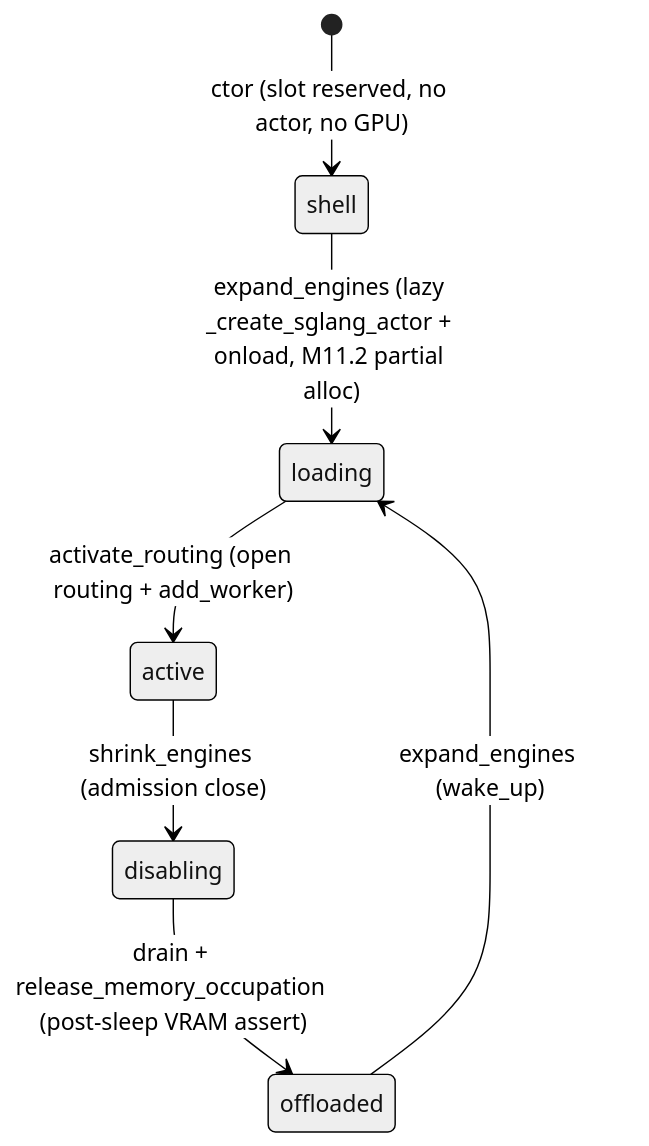
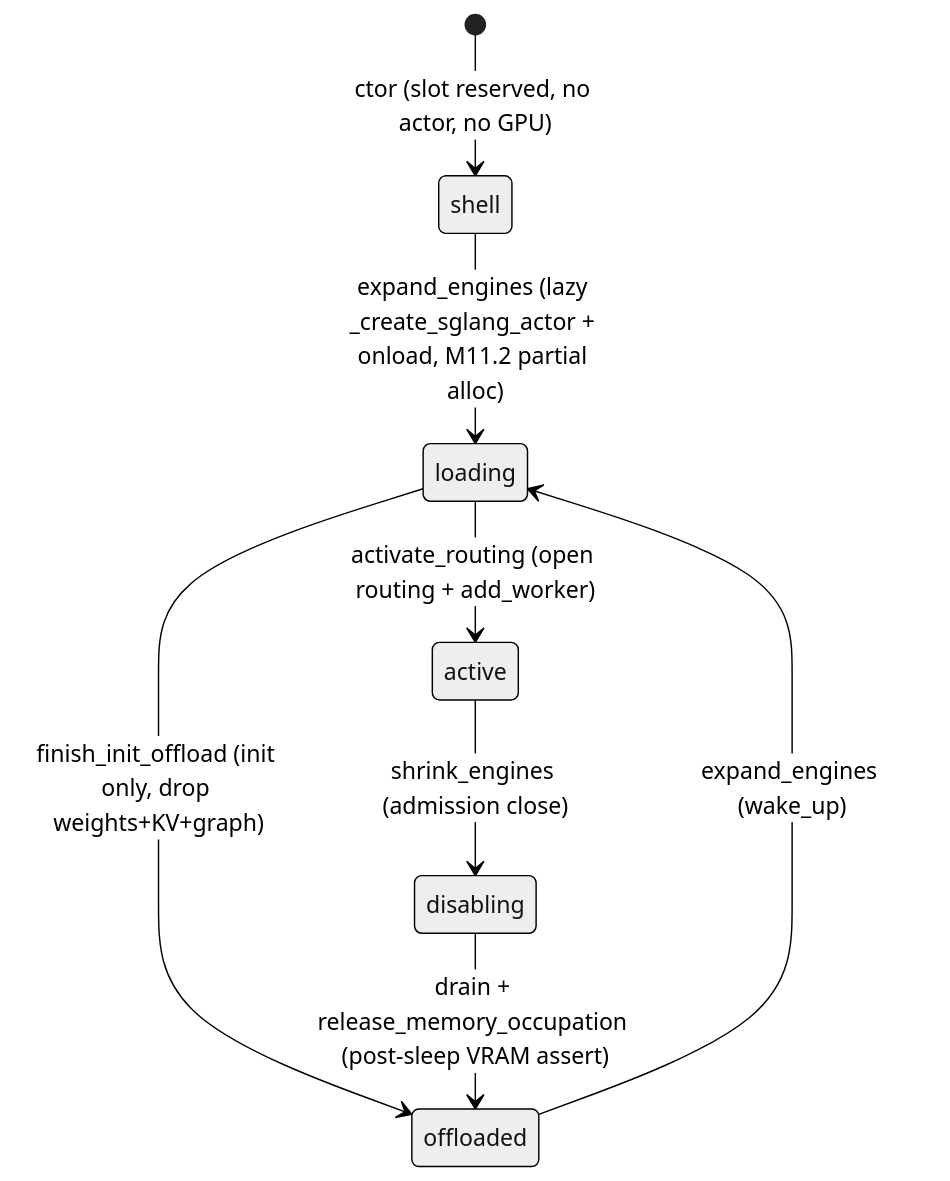
The fourth of 6 diagrams in plans/miles-port-unified-plan.tldr.md (rlops/rlix), drawn with Mermaid (neutral theme) before and after one commit. The commit also changed other lines of this file and 1 other file, not shown here.

````diff
--- a/plans/miles-port-unified-plan.tldr.md
+++ b/plans/miles-port-unified-plan.tldr.md
@@ -723,9 +716,10 @@
 ```mermaid
 stateDiagram-v2
   [*] --> shell: ctor (slot reserved, no actor, no GPU)
   shell --> loading: expand_engines (lazy _create_sglang_actor + onload, M11.2 partial alloc)
   offloaded --> loading: expand_engines (wake_up)
   loading --> active: activate_routing (open routing + add_worker)
+  loading --> offloaded: finish_init_offload (init only, drop weights+KV+graph)
   active --> disabling: shrink_engines (admission close)
   disabling --> offloaded: drain + release_memory_occupation (post-sleep VRAM assert)
 ```
````
